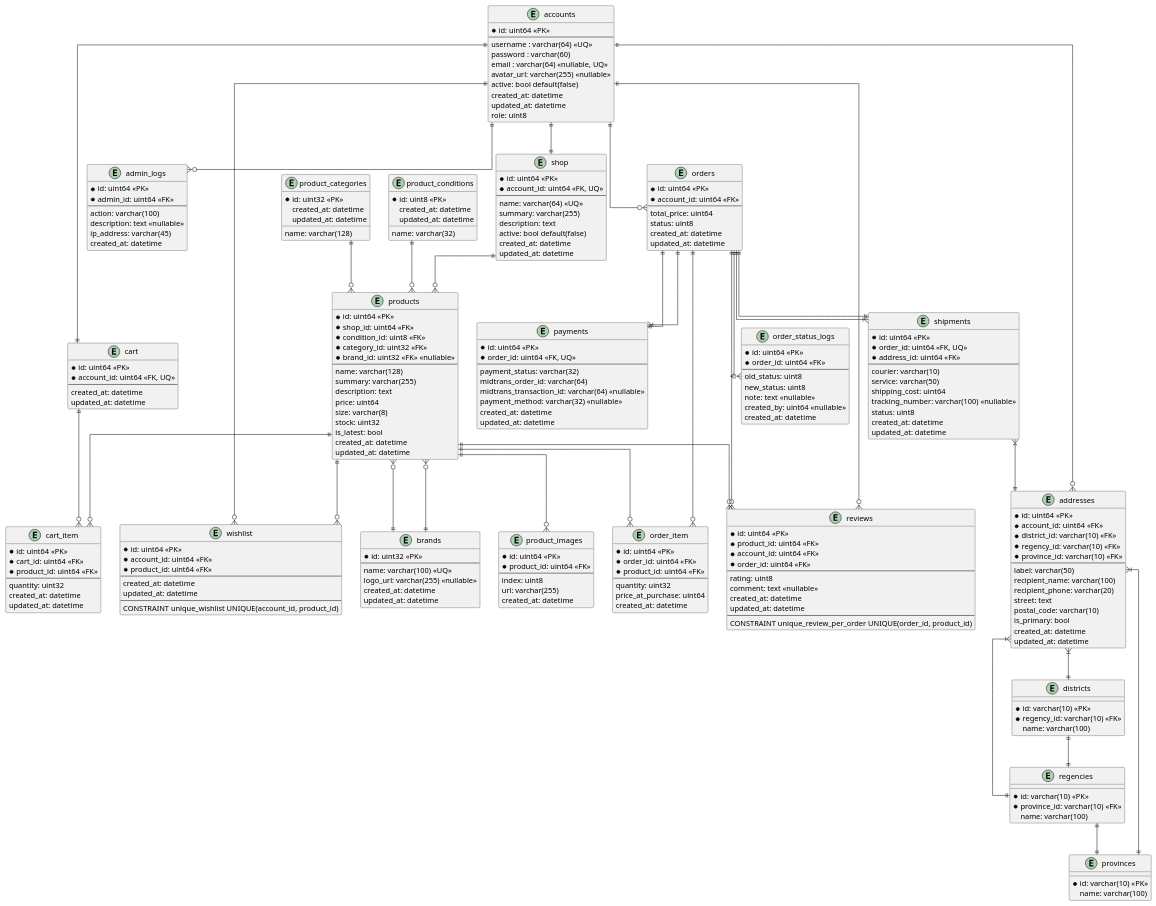
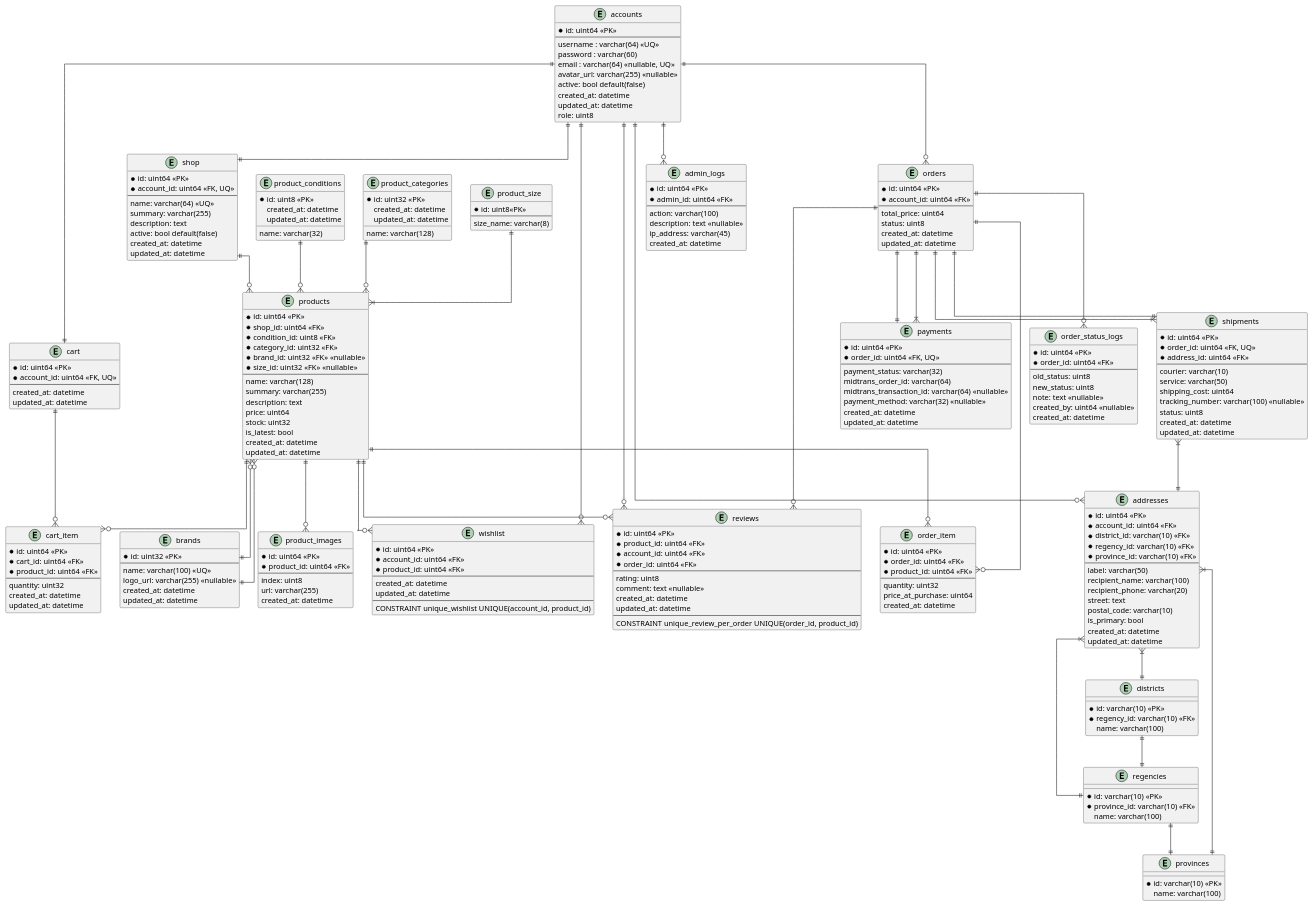
Before and after one commit to andrr64/vintage-online-shop: the diagram in documents/ERD.puml, drawn with PlantUML. The commit also changed 1 other file, not shown here.

```diff
--- a/documents/ERD.puml
+++ b/documents/ERD.puml
@@ -56,12 +56,12 @@
   *condition_id: uint8 <<FK>>
   *category_id: uint32 <<FK>>
   *brand_id: uint32 <<FK>> <<nullable>>
+  *size_id: uint32 <<FK>> <<nullable>>
   --
   name: varchar(128)
   summary: varchar(255)
   description: text
   price: uint64
-  size: varchar(8)
   stock: uint32
   is_latest: bool
   created_at: datetime
@@ -221,9 +221,16 @@
   created_at: datetime
 }
 
+entity "product_size" as product_size {
+  *id: uint8<<PK>>
+  --
+  size_name: varchar(8)
+}
+
 ' === RELASI YANG DITAMBAHKAN ===
 accounts ||--o{ reviews
 accounts ||--o{ admin_logs
+product_size ||--|{ products
 
 products ||--o{ reviews
 products }o--|| brands
```
